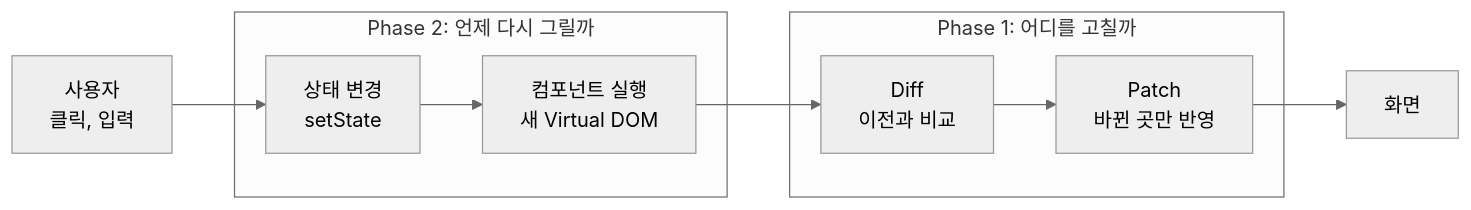
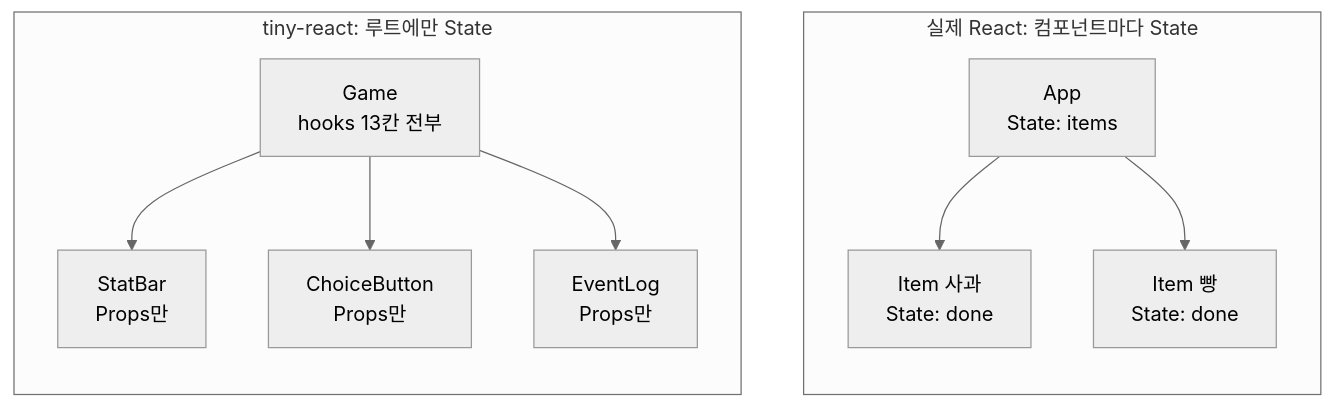
One commit to jonggeonyu/tiny-react changed the fifth of 13 diagrams in README.md. Above: the diagram before and after it, drawn with Mermaid (neutral theme). The commit also changed other lines of this file and 2 other files, not shown here.

````diff
--- a/README.md
+++ b/README.md
@@ -20,22 +235,14 @@
 ```mermaid
-flowchart LR
-  user["사용자<br/>클릭, 입력"]
-
-  subgraph phase2["Phase 2: 언제 다시 그릴까"]
-    state["상태 변경<br/>setState"]
-    run["컴포넌트 실행<br/>새 Virtual DOM"]
-    state --> run
+flowchart TB
+  subgraph react["실제 React: 컴포넌트마다 State"]
+    direction TB
+    ra["App<br/>State: items"] --> rb["Item 사과<br/>State: done"]
+    ra --> rc["Item 빵<br/>State: done"]
   end
-
-  subgraph phase1["Phase 1: 어디를 고칠까"]
-    diff["Diff<br/>이전과 비교"]
-    patch["Patch<br/>바뀐 곳만 반영"]
-    diff --> patch
+  subgraph tiny["tiny-react: 루트에만 State"]
+    direction TB
+    ta["Game<br/>hooks 13칸 전부"] --> tb["StatBar<br/>Props만"]
+    ta --> tc["ChoiceButton<br/>Props만"]
+    ta --> td["EventLog<br/>Props만"]
   end
-
-  screen["화면"]
-
-  user --> state
-  run --> diff
-  patch --> screen
 ```
````
